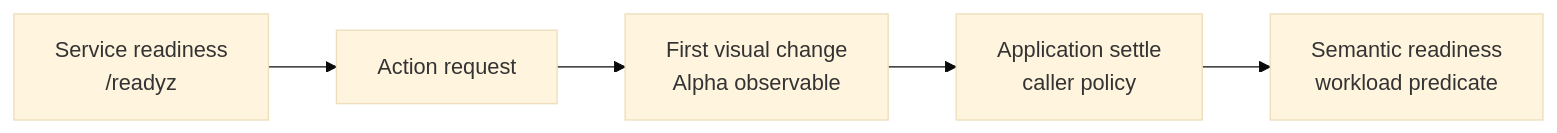
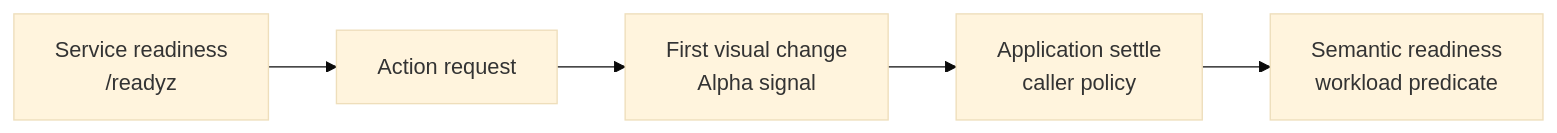
Before and after one commit to ashtonchew/modal-computer-use: the diagram in docs/experimental-visual-change-observation.md, drawn with Mermaid (base theme). The commit also changed other lines of this file, not shown here.

````diff
--- a/docs/experimental-visual-change-observation.md
+++ b/docs/experimental-visual-change-observation.md
@@ -13,7 +12,7 @@
 ```mermaid
 flowchart LR
     A["Service readiness<br/>/readyz"] --> B["Action request"]
-    B --> C["First visual change<br/>Alpha observable"]
+    B --> C["First visual change<br/>Alpha signal"]
     C --> D["Application settle<br/>caller policy"]
     D --> E["Semantic readiness<br/>workload predicate"]
 ```
````
